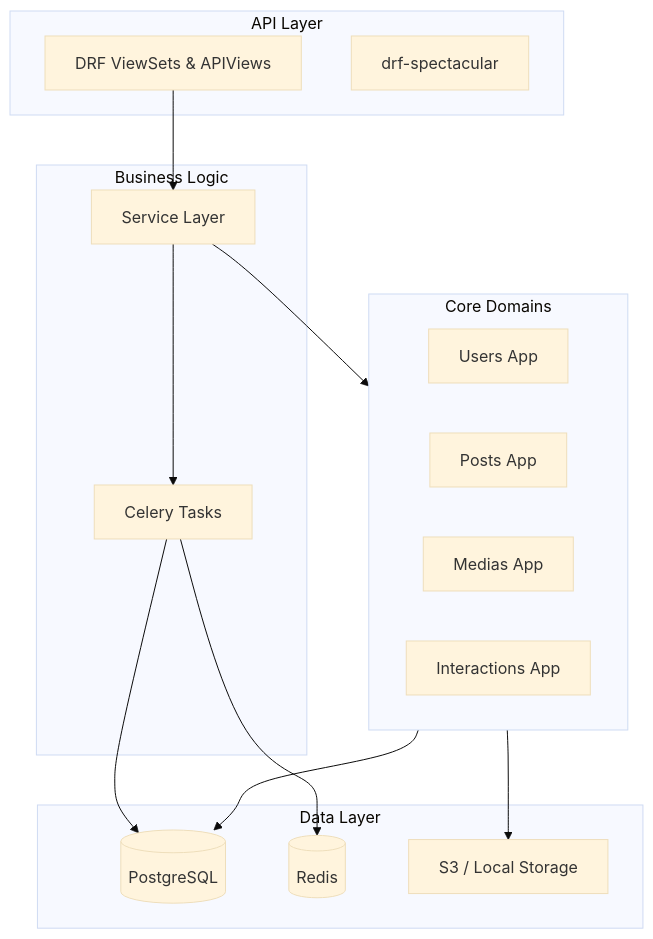
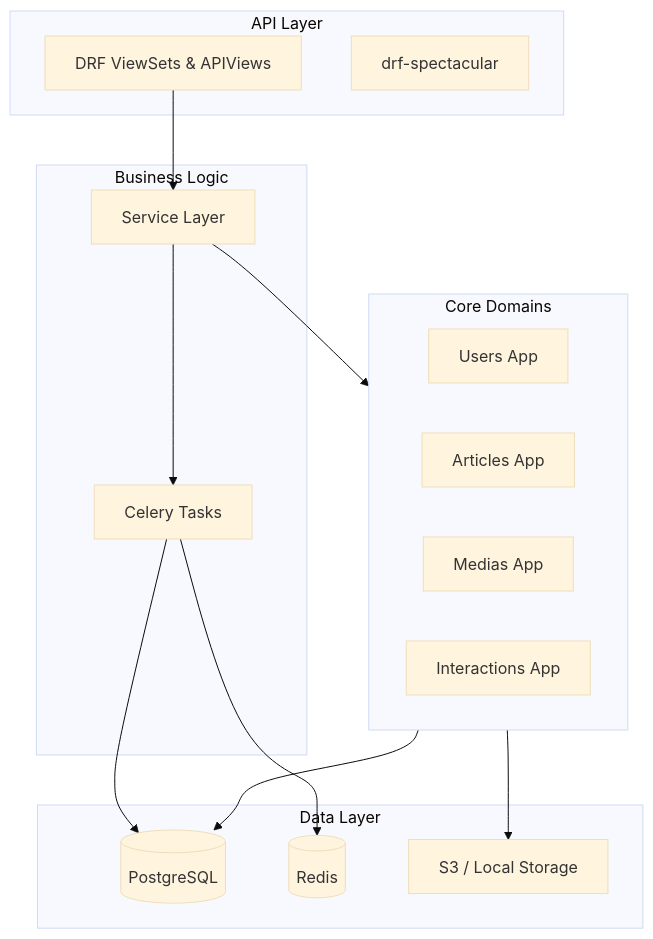
Before and after one commit to amirhossein-moloki/Blog: the diagram in README.md, drawn with Mermaid (base theme). The commit also changed other lines of this file and 23 other files, not shown here.

````diff
--- a/README.md
+++ b/README.md
@@ -61,33 +61,33 @@
 ```mermaid
 graph TD
     subgraph APILayer ["API Layer"]
         DRF[DRF ViewSets & APIViews]
         Spectacular[drf-spectacular]
     end
 
     subgraph BusinessLogic ["Business Logic"]
         Services[Service Layer]
         Tasks[Celery Tasks]
     end
 
     subgraph CoreDomains ["Core Domains"]
         Users[Users App]
-        Posts[Posts App]
+        Articles[Articles App]
         Medias[Medias App]
         Interactions[Interactions App]
     end
 
     subgraph DataLayer ["Data Layer"]
         DB[(PostgreSQL)]
         Cache[(Redis)]
         Storage[S3 / Local Storage]
     end
 
     DRF --> Services
     Services --> CoreDomains
     Services --> Tasks
     CoreDomains --> DB
     CoreDomains --> Storage
     Tasks --> DB
     Tasks --> Cache
 ```
````
